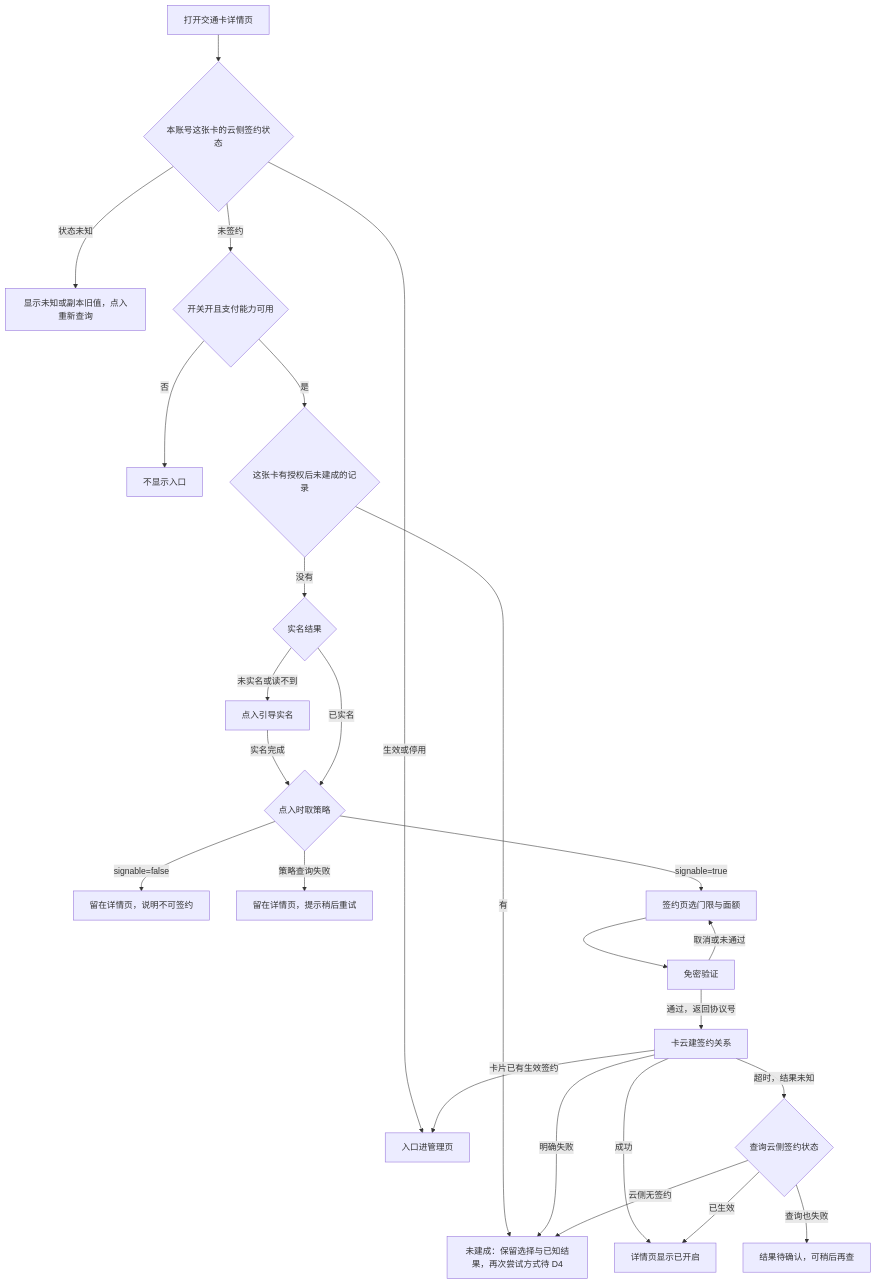
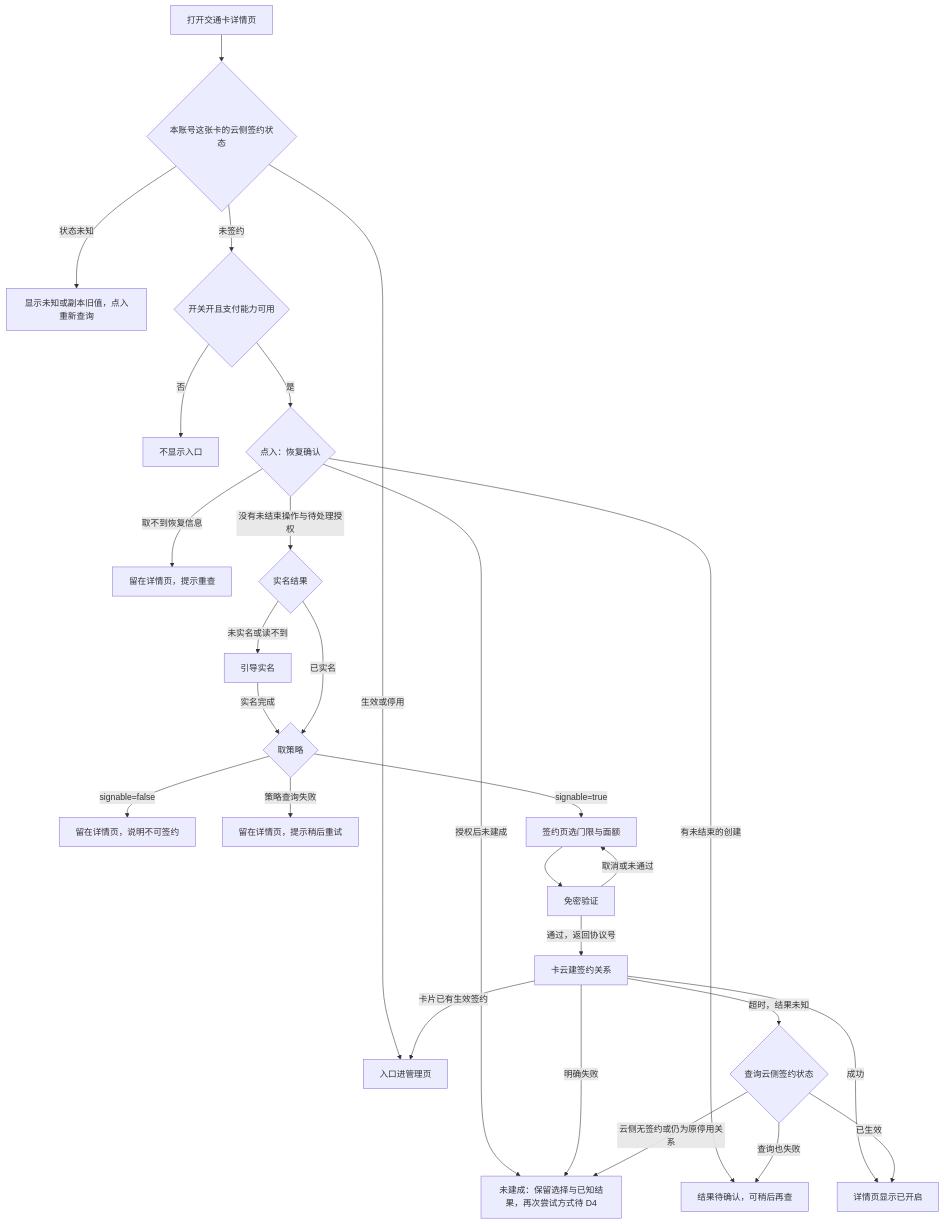
The first of 7 diagrams in doc/plan/1.9.9/金样候选/auto-topup/AR/story.md (sqsqsq/SimulatedWalletForHmos), drawn with Mermaid before and after one commit. The commit also changed other lines of this file and 47 other files, not shown here.

````diff
--- a/doc/plan/1.9.9/金样候选/auto-topup/AR/story.md
+++ b/doc/plan/1.9.9/金样候选/auto-topup/AR/story.md
@@ -160,29 +165,31 @@
 ```mermaid
 %% 图源 SR §1 #1
 %% 图源 spec §5.1 #1
 flowchart TD
   A[打开交通卡详情页] --> S{本账号这张卡的云侧签约状态}
   S -->|生效或停用| MG[入口进管理页]
   S -->|状态未知| UN[显示未知或副本旧值，点入重新查询]
   S -->|未签约| G{开关开且支付能力可用}
   G -->|否| H[不显示入口]
-  G -->|是| AU{这张卡有授权后未建成的记录}
-  AU -->|有| F
-  AU -->|没有| R{实名结果}
-  R -->|未实名或读不到| RN[点入引导实名]
+  G -->|是| RC{点入：恢复确认}
+  RC -->|授权后未建成| F
+  RC -->|有未结束的创建| U
+  RC -->|取不到恢复信息| RF[留在详情页，提示重查]
+  RC -->|没有未结束操作与待处理授权| R{实名结果}
+  R -->|未实名或读不到| RN[引导实名]
   RN -->|实名完成| P
-  R -->|已实名| P{点入时取策略}
+  R -->|已实名| P{取策略}
   P -->|signable=false| NS[留在详情页，说明不可签约]
   P -->|策略查询失败| PF[留在详情页，提示稍后重试]
   P -->|signable=true| B[签约页选门限与面额]
   B --> C[免密验证]
   C -->|取消或未通过| B
   C -->|通过，返回协议号| D[卡云建签约关系]
   D -->|成功| E[详情页显示已开启]
   D -->|卡片已有生效签约| MG
   D -->|明确失败| F[未建成：保留选择与已知结果，再次尝试方式待 D4]
   D -->|超时，结果未知| Q{查询云侧签约状态}
   Q -->|已生效| E
-  Q -->|云侧无签约| F
+  Q -->|云侧无签约或仍为原停用关系| F
   Q -->|查询也失败| U[结果待确认，可稍后再查]
 ```
````
